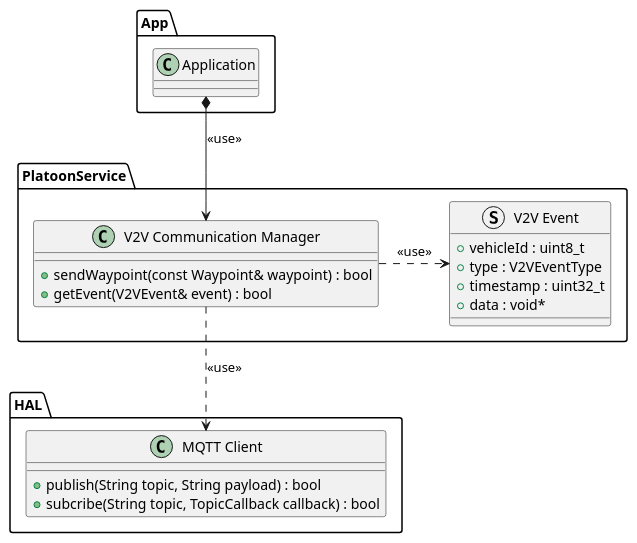
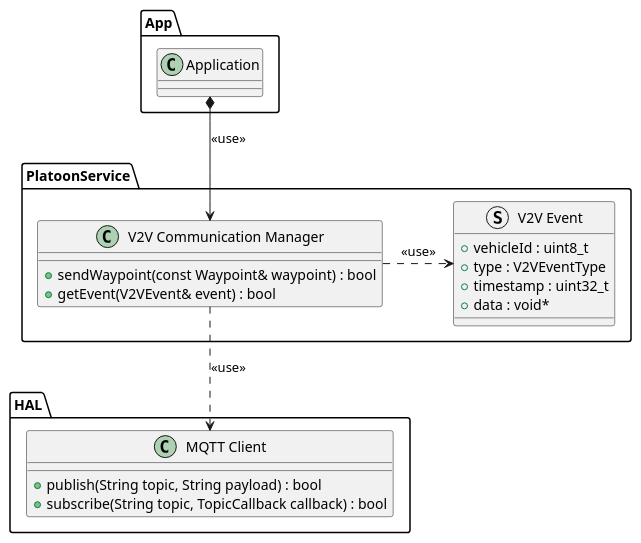
One commit to BlueAndi/DroidControlShip changed the diagram in doc/architecture/uml/LogicalView/Platoon/V2VCommManagerClass.puml. Above: the diagram before and after it, drawn with PlantUML. The commit also changed 2 other files, not shown here.

```diff
--- a/doc/architecture/uml/LogicalView/Platoon/V2VCommManagerClass.puml
+++ b/doc/architecture/uml/LogicalView/Platoon/V2VCommManagerClass.puml
@@ -1,33 +1,33 @@
 @startuml VCMClass
 
 package "App" {
     class "Application" as app
 }
 
 package "PlatoonService" as serv {
     class "V2V Communication Manager" as VCM {
         + sendWaypoint(const Waypoint& waypoint) : bool
         + getEvent(V2VEvent& event) : bool
     }
 
     struct "V2V Event" as event {
         + vehicleId : uint8_t
         + type : V2VEventType
         + timestamp : uint32_t
         + data : void*
     }
 
     VCM .> event : <<use>>
 }
 
 package "HAL" as hal {
     class "MQTT Client" as mqtt {
         + publish(String topic, String payload) : bool
-        + subcribe(String topic, TopicCallback callback) : bool
+        + subscribe(String topic, TopicCallback callback) : bool
     }
 }
 
 app *--> VCM : <<use>>
 VCM ..> mqtt : <<use>>
 
 @enduml
```
